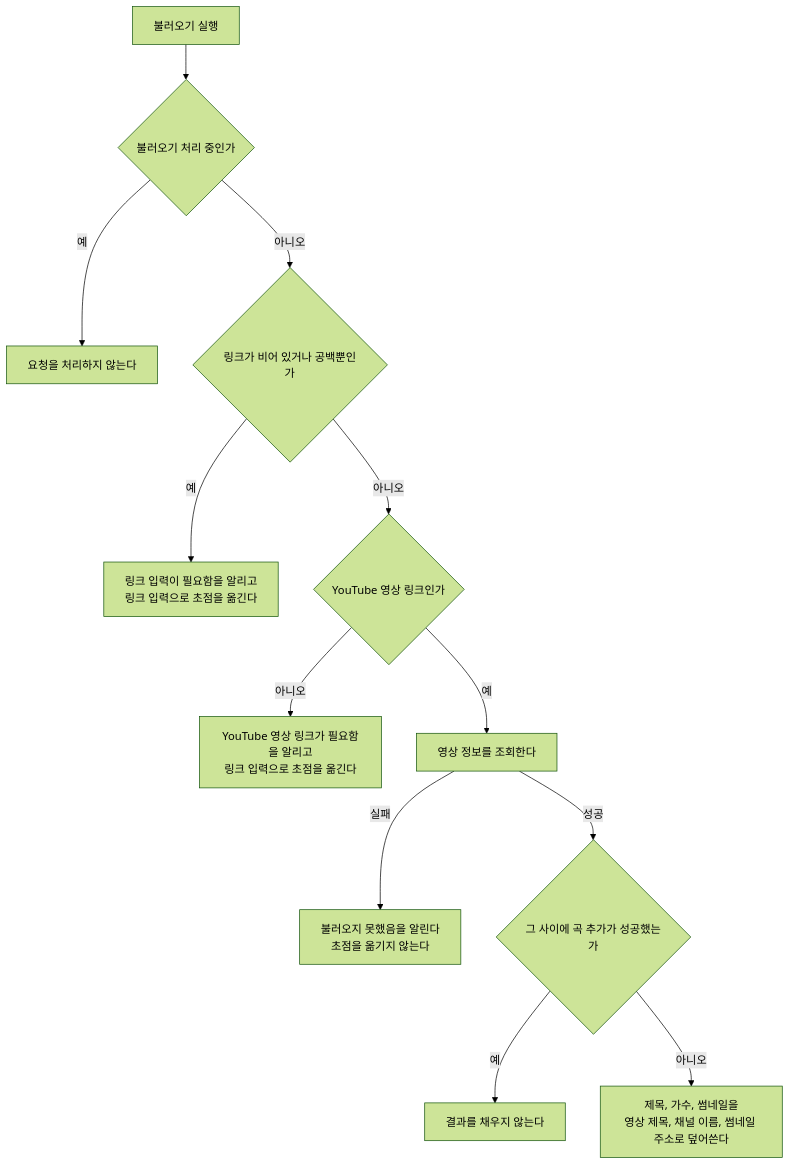
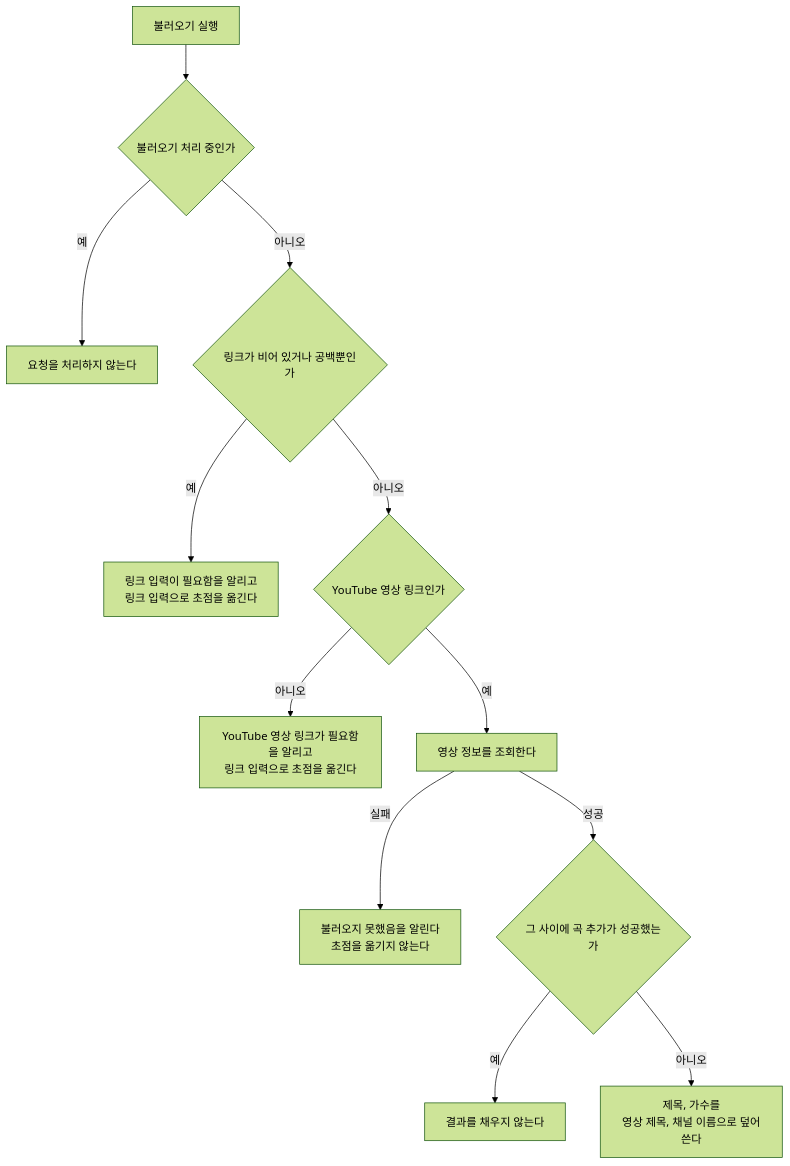
One commit to taetae98coding/DiaryKMP changed the second of 3 diagrams in docs/spec/music-add.md. Above: the diagram before and after it, drawn with Mermaid (forest theme). The commit also changed other lines of this file and 8 other files, not shown here.

````diff
--- a/docs/spec/music-add.md
+++ b/docs/spec/music-add.md
@@ -135,14 +156,14 @@
 ```mermaid
 flowchart TD
     Start["불러오기 실행"] --> InProgress{"불러오기 처리 중인가"}
     InProgress -- "예" --> Ignore["요청을 처리하지 않는다"]
     InProgress -- "아니오" --> Blank{"링크가 비어 있거나 공백뿐인가"}
     Blank -- "예" --> LinkBlank["링크 입력이 필요함을 알리고<br/>링크 입력으로 초점을 옮긴다"]
     Blank -- "아니오" --> Youtube{"YouTube 영상 링크인가"}
     Youtube -- "아니오" --> LinkInvalid["YouTube 영상 링크가 필요함을 알리고<br/>링크 입력으로 초점을 옮긴다"]
     Youtube -- "예" --> Fetch["영상 정보를 조회한다"]
     Fetch -- "실패" --> FetchFailed["불러오지 못했음을 알린다<br/>초점을 옮기지 않는다"]
     Fetch -- "성공" --> Cleared{"그 사이에 곡 추가가 성공했는가"}
     Cleared -- "예" --> Discard["결과를 채우지 않는다"]
-    Cleared -- "아니오" --> Fill["제목, 가수, 썸네일을<br/>영상 제목, 채널 이름, 썸네일 주소로 덮어쓴다"]
+    Cleared -- "아니오" --> Fill["제목, 가수를<br/>영상 제목, 채널 이름으로 덮어쓴다"]
 ```
````
